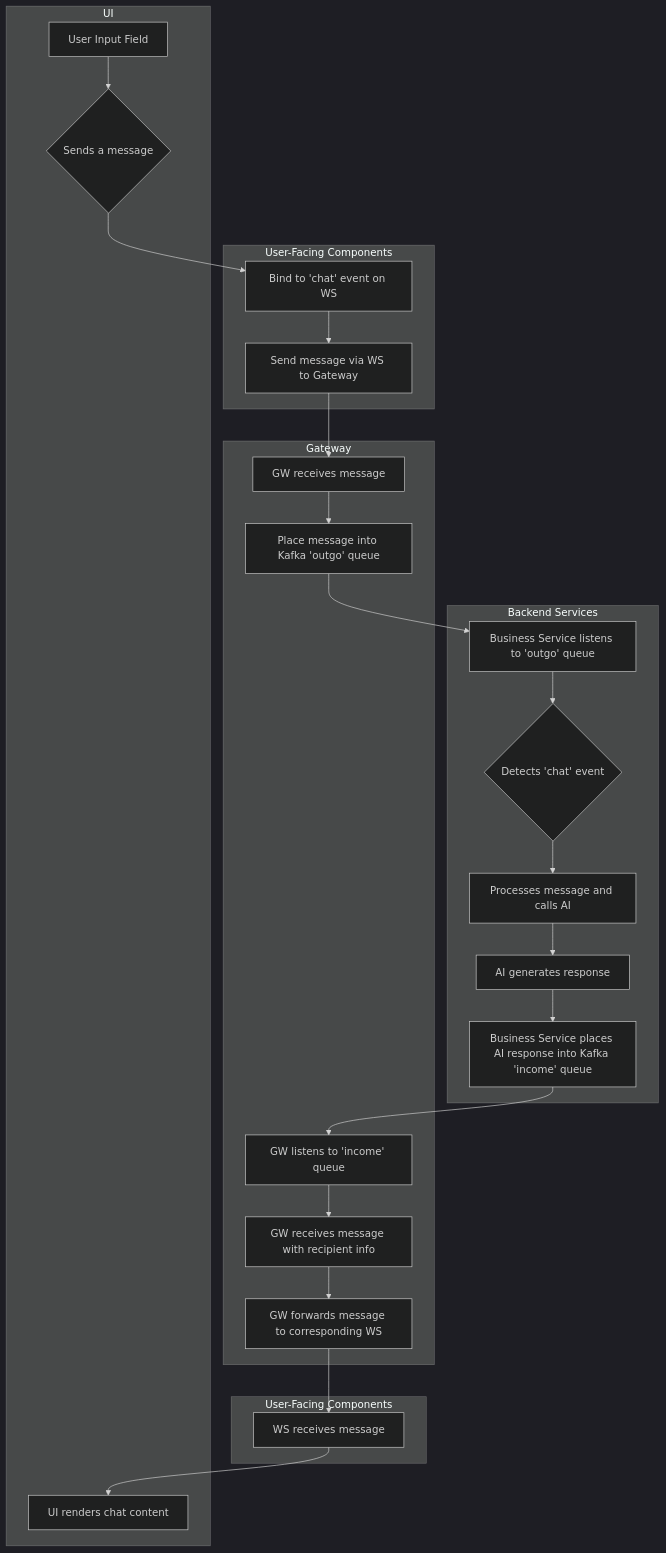
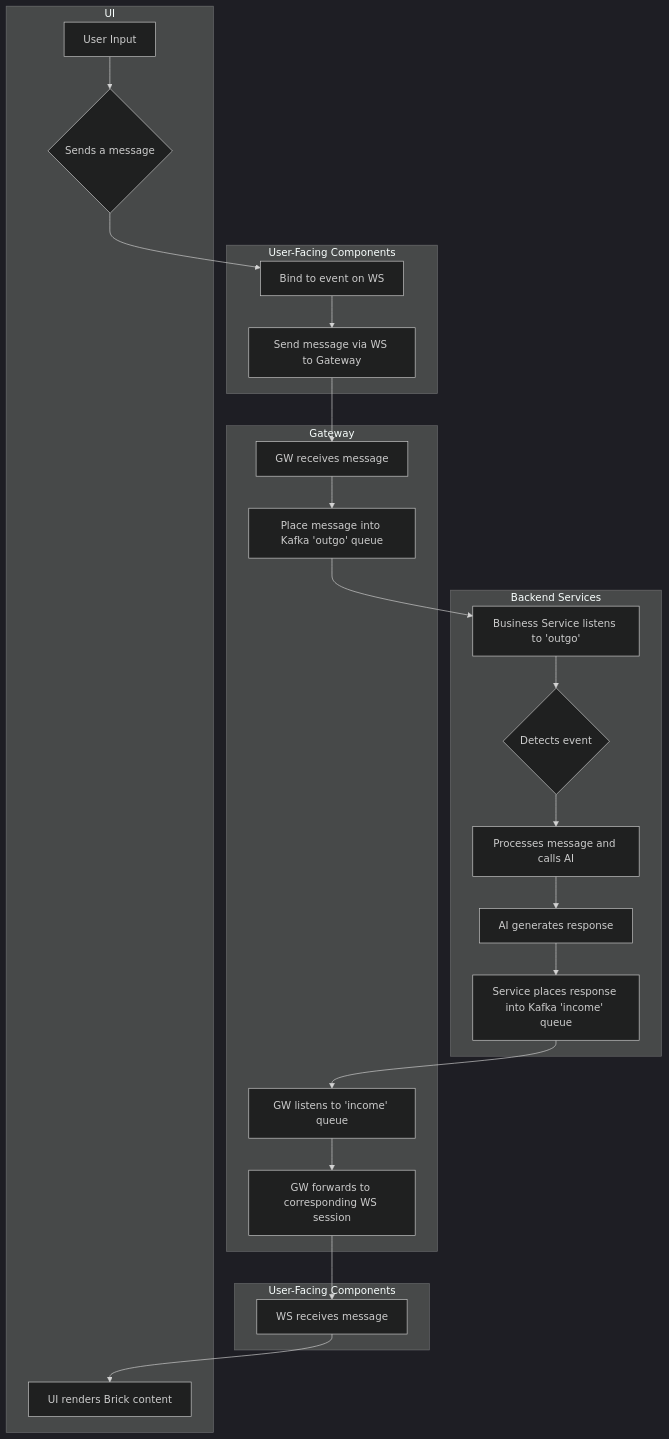
Before and after one commit to fj0r/fluxora: the diagram in README.md, drawn with Mermaid (dark theme). The commit also changed other lines of this file and 1 other file, not shown here.

````diff
--- a/README.md
+++ b/README.md
@@ -26,38 +52,37 @@
 ```mermaid
 graph TD
     subgraph UI
-        A[User Input Field] --> B{Sends a message};
+        A[User Input] --> B{Sends a message};
     end
 
     subgraph User-Facing Components
-        B --> C[Bind to 'chat' event on WS];
+        B --> C[Bind to event on WS];
         C --> D[Send message via WS to Gateway];
     end
 
     subgraph Gateway
         D --> E[GW receives message];
         E --> F[Place message into Kafka 'outgo' queue];
     end
 
     subgraph Backend Services
-        F --> G[Business Service listens to 'outgo' queue];
-        G --> H{Detects 'chat' event};
+        F --> G[Business Service listens to 'outgo'];
+        G --> H{Detects event};
         H --> I[Processes message and calls AI];
         I --> J[AI generates response];
-        J --> K[Business Service places AI response into Kafka 'income' queue];
+        J --> K[Service places response into Kafka 'income' queue];
     end
 
     subgraph Gateway
         K --> L[GW listens to 'income' queue];
-        L --> M[GW receives message with recipient info];
-        M --> N[GW forwards message to corresponding WS];
+        L --> M[GW forwards to corresponding WS session];
     end
 
     subgraph User-Facing Components
-        N --> O[WS receives message];
+        M --> N[WS receives message];
     end
 
     subgraph UI
-        O --> P[UI renders chat content];
+        N --> O[UI renders Brick content];
     end
 ```
````
